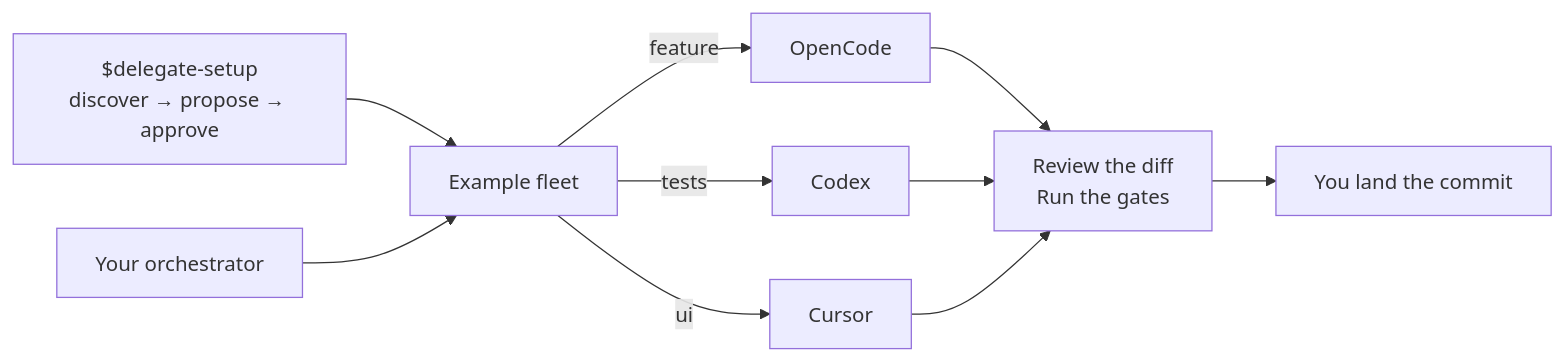
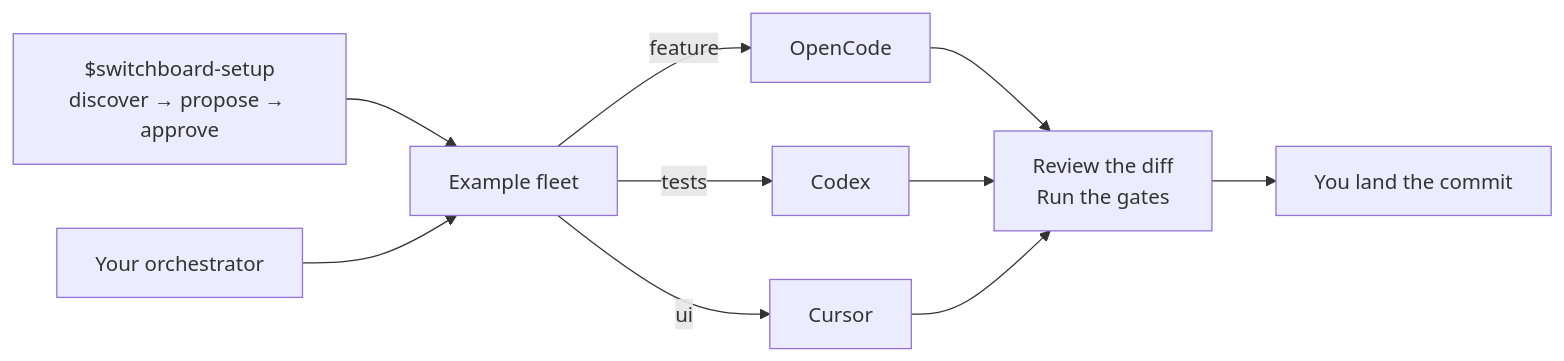
Before and after one commit to 0xBassia/Switchboard: the diagram in README.md, drawn with Mermaid. The commit also changed other lines of this file and 243 other files, not shown here.

````diff
--- a/README.md
+++ b/README.md
@@ -35,12 +35,12 @@
 ```mermaid
 flowchart LR
-  S["$delegate-setup<br/>discover → propose → approve"] --> F["Example fleet"]
+  S["$switchboard-setup<br/>discover → propose → approve"] --> F["Example fleet"]
   O["Your orchestrator"] --> F
   F -->|"feature"| A["OpenCode"]
   F -->|"tests"| B["Codex"]
   F -->|"ui"| C["Cursor"]
   A --> R["Review the diff<br/>Run the gates"]
   B --> R
   C --> R
   R --> L["You land the commit"]
 ```
````
